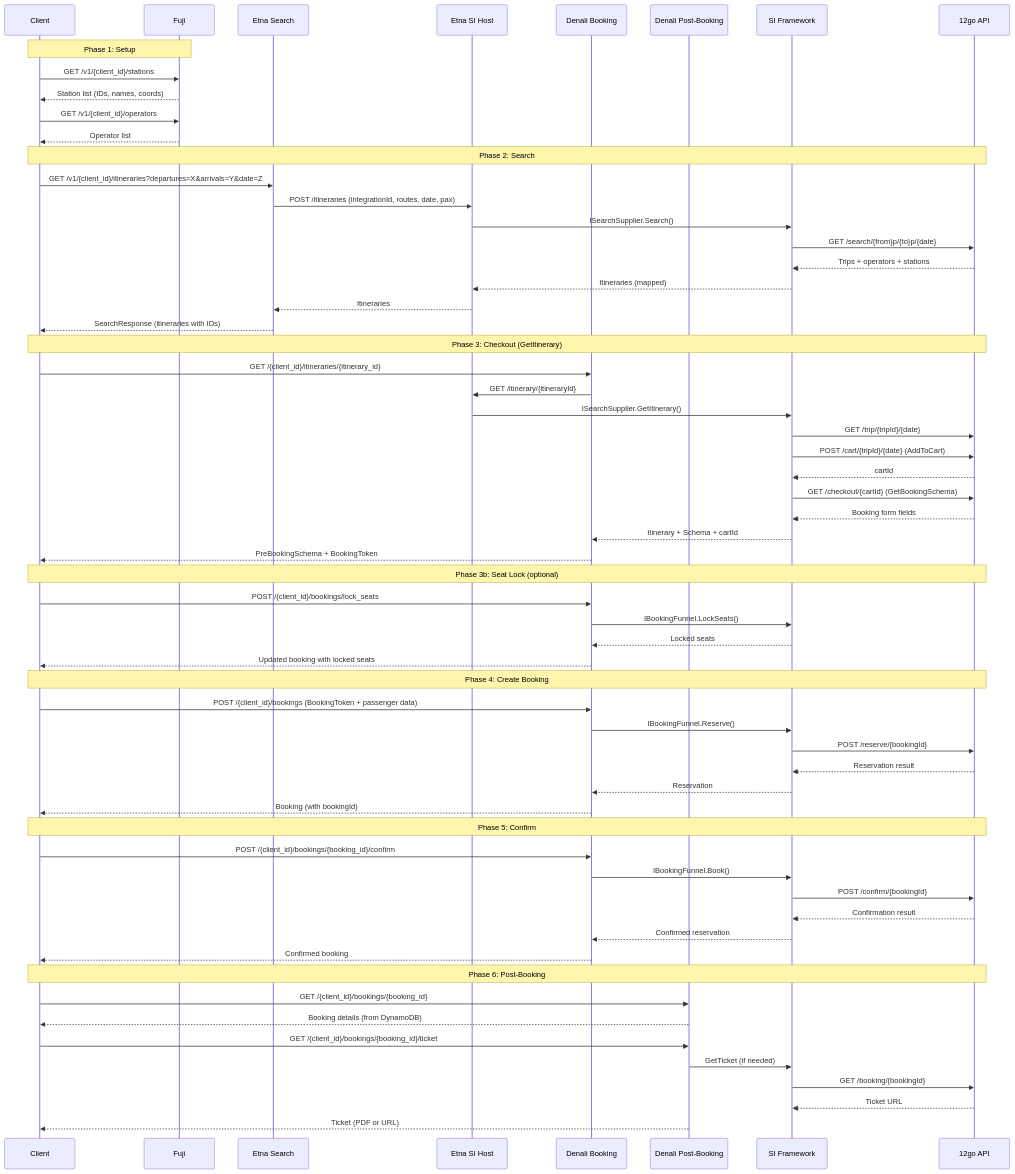
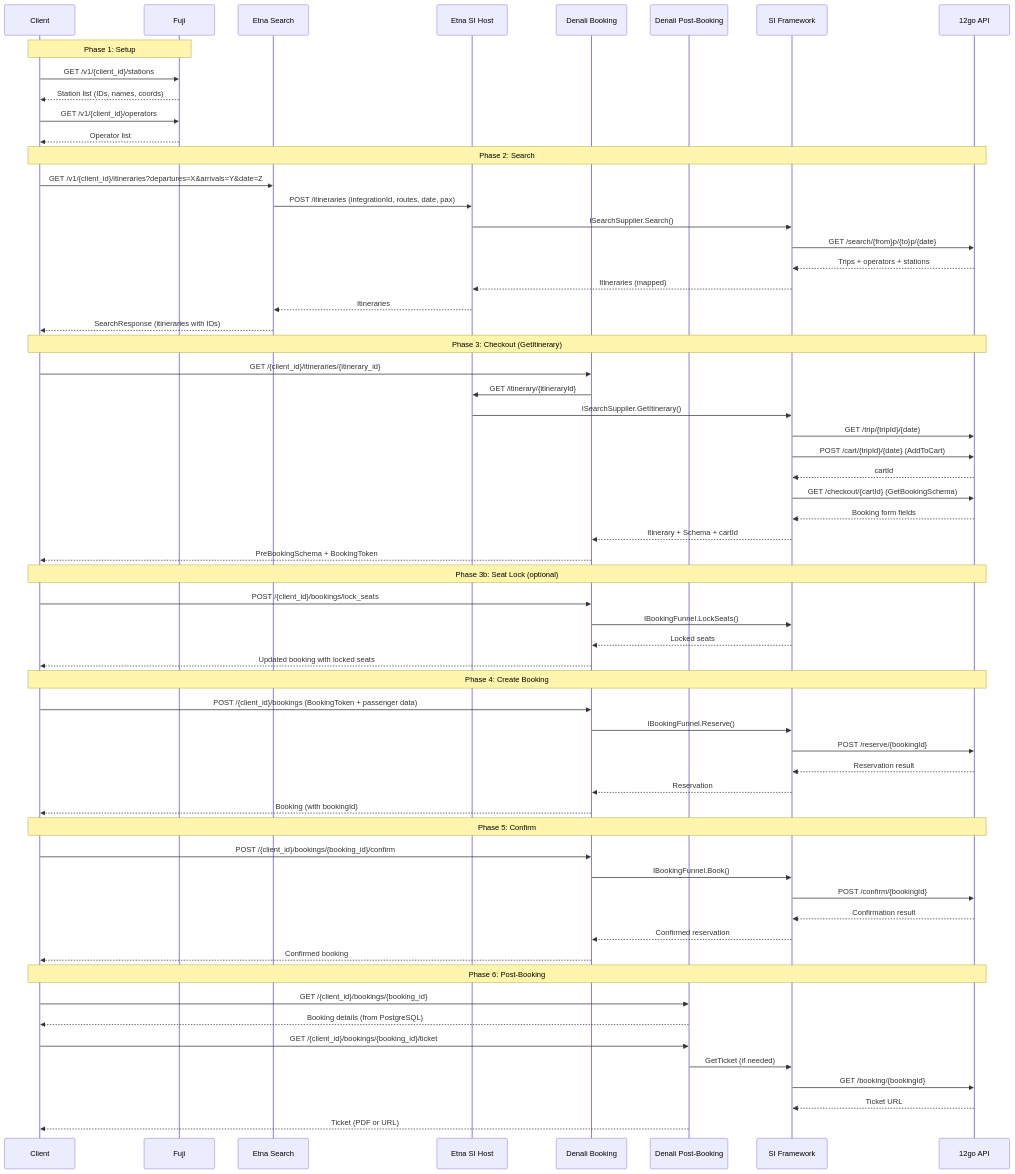
Before and after one commit to sosotravelier/tc-transition-to-12go: the second of 5 diagrams in current-state/overview.md, drawn with Mermaid. The commit also changed other lines of this file and 8 other files, not shown here.

````diff
--- a/current-state/overview.md
+++ b/current-state/overview.md
@@ -86,71 +86,71 @@
 ```mermaid
 sequenceDiagram
     participant Client
     participant Fuji
     participant EtnaSearch as Etna Search
     participant EtnaSI as Etna SI Host
     participant Denali as Denali Booking
     participant PostBooking as Denali Post-Booking
     participant SI as SI Framework
     participant TwelveGo as 12go API
 
     Note over Client,Fuji: Phase 1: Setup
     Client->>Fuji: GET /v1/{client_id}/stations
     Fuji-->>Client: Station list (IDs, names, coords)
     Client->>Fuji: GET /v1/{client_id}/operators
     Fuji-->>Client: Operator list
 
     Note over Client,TwelveGo: Phase 2: Search
     Client->>EtnaSearch: GET /v1/{client_id}/itineraries?departures=X&arrivals=Y&date=Z
     EtnaSearch->>EtnaSI: POST /itineraries (integrationId, routes, date, pax)
     EtnaSI->>SI: ISearchSupplier.Search()
     SI->>TwelveGo: GET /search/{from}p/{to}p/{date}
     TwelveGo-->>SI: Trips + operators + stations
     SI-->>EtnaSI: Itineraries (mapped)
     EtnaSI-->>EtnaSearch: Itineraries
     EtnaSearch-->>Client: SearchResponse (itineraries with IDs)
 
     Note over Client,TwelveGo: Phase 3: Checkout (GetItinerary)
     Client->>Denali: GET /{client_id}/itineraries/{itinerary_id}
     Denali->>EtnaSI: GET /itinerary/{itineraryId}
     EtnaSI->>SI: ISearchSupplier.GetItinerary()
     SI->>TwelveGo: GET /trip/{tripId}/{date}
     SI->>TwelveGo: POST /cart/{tripId}/{date} (AddToCart)
     TwelveGo-->>SI: cartId
     SI->>TwelveGo: GET /checkout/{cartId} (GetBookingSchema)
     TwelveGo-->>SI: Booking form fields
     SI-->>Denali: Itinerary + Schema + cartId
     Denali-->>Client: PreBookingSchema + BookingToken
 
     Note over Client,TwelveGo: Phase 3b: Seat Lock (optional)
     Client->>Denali: POST /{client_id}/bookings/lock_seats
     Denali->>SI: IBookingFunnel.LockSeats()
     SI-->>Denali: Locked seats
     Denali-->>Client: Updated booking with locked seats
 
     Note over Client,TwelveGo: Phase 4: Create Booking
     Client->>Denali: POST /{client_id}/bookings (BookingToken + passenger data)
     Denali->>SI: IBookingFunnel.Reserve()
     SI->>TwelveGo: POST /reserve/{bookingId}
     TwelveGo-->>SI: Reservation result
     SI-->>Denali: Reservation
     Denali-->>Client: Booking (with bookingId)
 
     Note over Client,TwelveGo: Phase 5: Confirm
     Client->>Denali: POST /{client_id}/bookings/{booking_id}/confirm
     Denali->>SI: IBookingFunnel.Book()
     SI->>TwelveGo: POST /confirm/{bookingId}
     TwelveGo-->>SI: Confirmation result
     SI-->>Denali: Confirmed reservation
     Denali-->>Client: Confirmed booking
 
     Note over Client,TwelveGo: Phase 6: Post-Booking
     Client->>PostBooking: GET /{client_id}/bookings/{booking_id}
-    PostBooking-->>Client: Booking details (from DynamoDB)
+    PostBooking-->>Client: Booking details (from PostgreSQL)
 
     Client->>PostBooking: GET /{client_id}/bookings/{booking_id}/ticket
     PostBooking->>SI: GetTicket (if needed)
     SI->>TwelveGo: GET /booking/{bookingId}
     TwelveGo-->>SI: Ticket URL
     PostBooking-->>Client: Ticket (PDF or URL)
 ```
````
